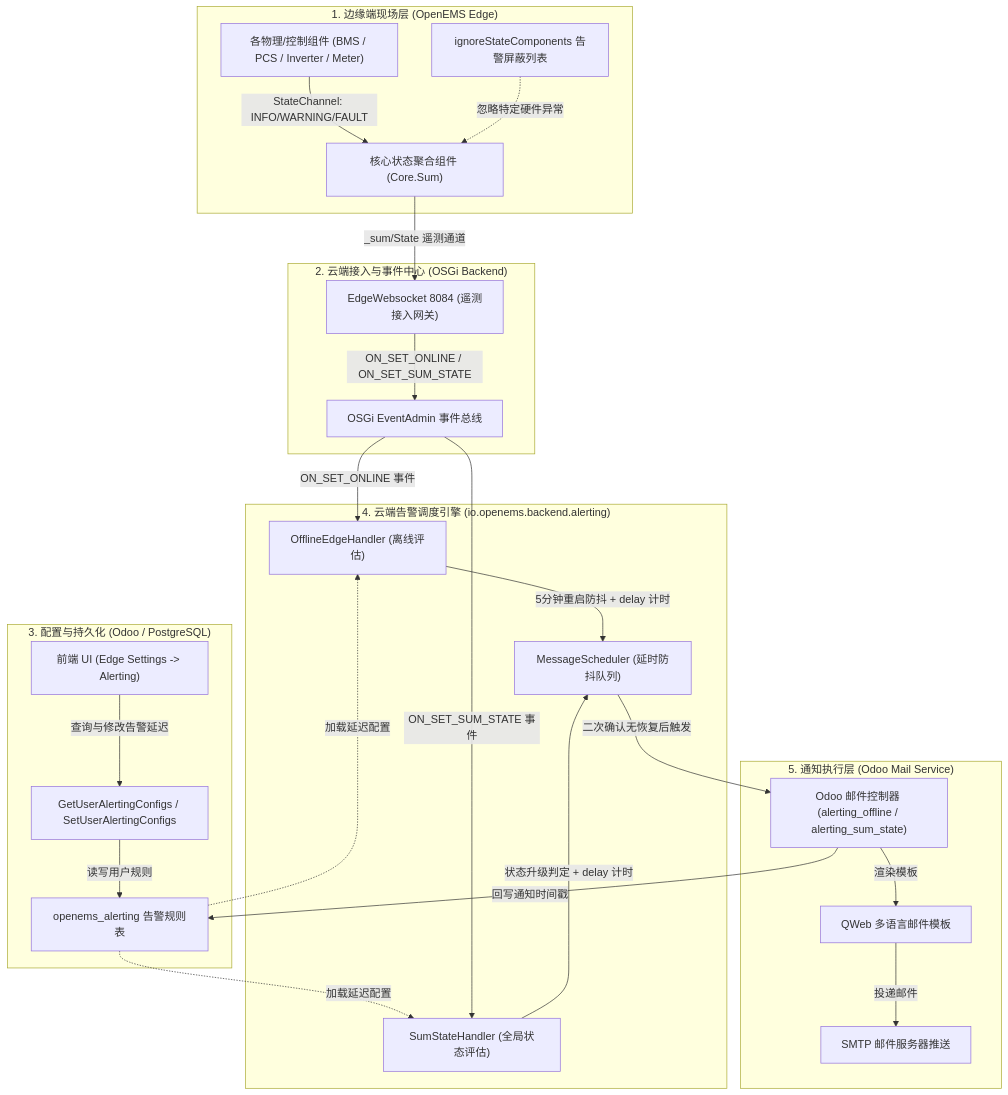
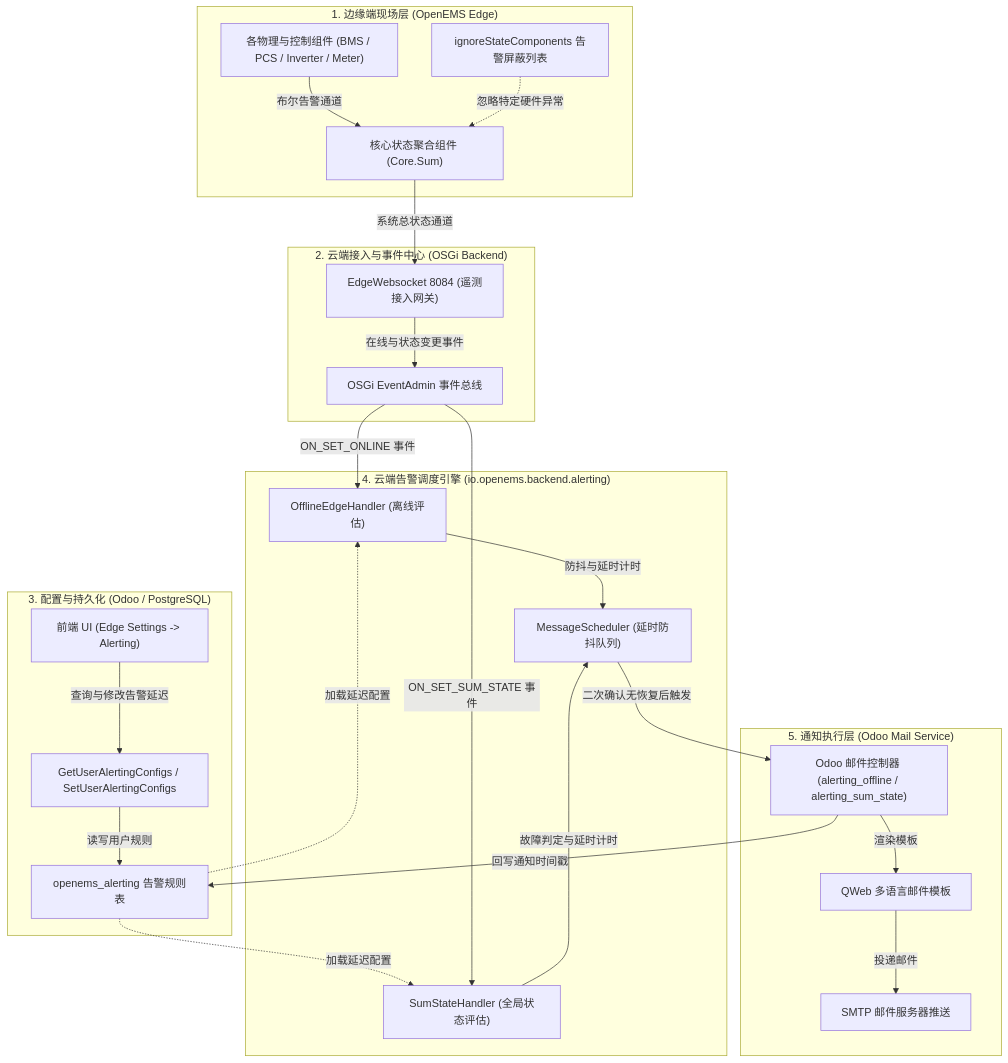
One commit to duanshuaimin/openems changed the first of 4 diagrams in docs/alerting_configuration_and_architecture.md. Above: the diagram before and after it, drawn with Mermaid. The commit also changed other lines of this file, not shown here.

Commit message:
docs: remove parentheses from mermaid link labels to fix parsing error

````diff
--- a/docs/alerting_configuration_and_architecture.md
+++ b/docs/alerting_configuration_and_architecture.md
@@ -11,50 +11,50 @@
 ```mermaid
 flowchart TD
     subgraph EdgeLayer["1. 边缘端现场层 (OpenEMS Edge)"]
-        COMP["各物理/控制组件 (BMS / PCS / Inverter / Meter)"]
+        COMP["各物理与控制组件 (BMS / PCS / Inverter / Meter)"]
         SUM["核心状态聚合组件 (Core.Sum)"]
         IGNORE["ignoreStateComponents 告警屏蔽列表"]
     end
 
     subgraph BackendGateway["2. 云端接入与事件中心 (OSGi Backend)"]
         EWS["EdgeWebsocket 8084 (遥测接入网关)"]
         EVT["OSGi EventAdmin 事件总线"]
     end
 
     subgraph ConfigAndStorage["3. 配置与持久化 (Odoo / PostgreSQL)"]
         UI["前端 UI (Edge Settings -> Alerting)"]
         JSONRPC["GetUserAlertingConfigs / SetUserAlertingConfigs"]
         TABLE["openems_alerting 告警规则表"]
     end
 
     subgraph AlertingEngine["4. 云端告警调度引擎 (io.openems.backend.alerting)"]
         OFFLINE_H["OfflineEdgeHandler (离线评估)"]
         SUM_H["SumStateHandler (全局状态评估)"]
         SCHED["MessageScheduler (延时防抖队列)"]
     end
 
     subgraph NotificationLayer["5. 通知执行层 (Odoo Mail Service)"]
         MAIL_CTRL["Odoo 邮件控制器 (alerting_offline / alerting_sum_state)"]
         QWEB["QWeb 多语言邮件模板"]
         SMTP["SMTP 邮件服务器推送"]
     end
 
-    COMP -->|StateChannel: INFO/WARNING/FAULT| SUM
+    COMP -->|布尔告警通道| SUM
     IGNORE -.->|忽略特定硬件异常| SUM
-    SUM -->|_sum/State 遥测通道| EWS
-    EWS -->|ON_SET_ONLINE / ON_SET_SUM_STATE| EVT
+    SUM -->|系统总状态通道| EWS
+    EWS -->|在线与状态变更事件| EVT
 
     UI -->|查询与修改告警延迟| JSONRPC
     JSONRPC -->|读写用户规则| TABLE
     TABLE -.->|加载延迟配置| OFFLINE_H
     TABLE -.->|加载延迟配置| SUM_H
 
     EVT -->|ON_SET_ONLINE 事件| OFFLINE_H
     EVT -->|ON_SET_SUM_STATE 事件| SUM_H
-    OFFLINE_H -->|5分钟重启防抖 + delay 计时| SCHED
-    SUM_H -->|状态升级判定 + delay 计时| SCHED
+    OFFLINE_H -->|防抖与延时计时| SCHED
+    SUM_H -->|故障判定与延时计时| SCHED
     SCHED -->|二次确认无恢复后触发| MAIL_CTRL
     MAIL_CTRL -->|渲染模板| QWEB
     QWEB -->|投递邮件| SMTP
     MAIL_CTRL -->|回写通知时间戳| TABLE
 ```
````
